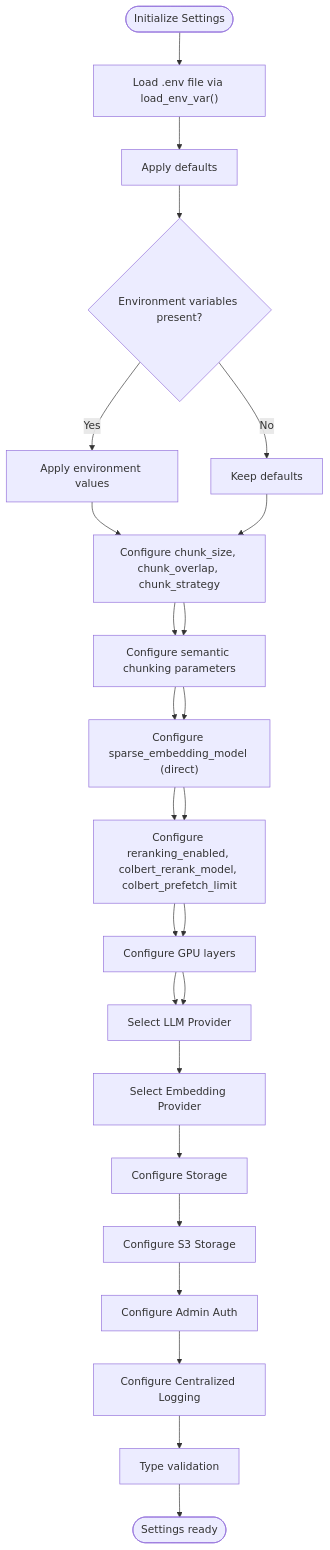
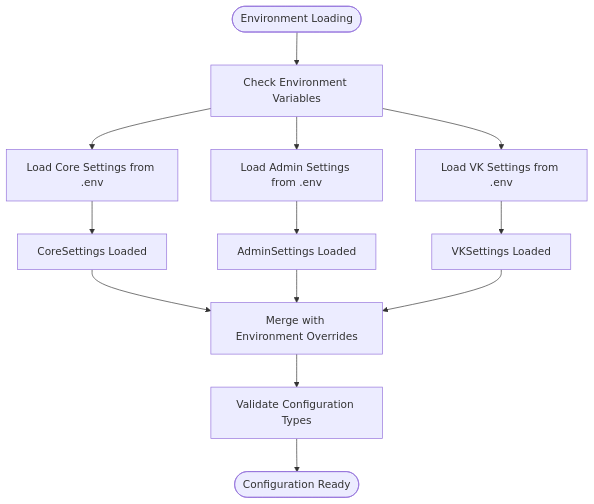
Before and after one commit to ognelis/cafetera_hr_bot: the third of 3 diagrams in .qoder/repowiki/en/content/Configuration Management.md, drawn with Mermaid. The commit also changed other lines of this file and 139 other files, not shown here.

````diff
--- a/.qoder/repowiki/en/content/Configuration Management.md
+++ b/.qoder/repowiki/en/content/Configuration Management.md
@@ -502,27 +225,15 @@
 ```mermaid
 flowchart TD
-Start(["Initialize Settings"]) --> LoadEnv["Load .env file via load_env_var()"]
-LoadEnv --> Defaults["Apply defaults"]
-Defaults --> EnvOverride{"Environment variables present?"}
-EnvOverride --> |Yes| ApplyEnv["Apply environment values"]
-EnvOverride --> |No| KeepDefaults["Keep defaults"]
-ApplyEnv --> ChunkingConfig["Configure chunk_size, chunk_overlap, chunk_strategy"]
-ChunkingConfig --> SemanticConfig["Configure semantic chunking parameters"]
-SemanticConfig --> HybridConfig["Configure sparse_embedding_model (direct)"]
-HybridConfig --> RerankingConfig["Configure reranking_enabled, colbert_rerank_model, colbert_prefetch_limit"]
-RerankingConfig --> GPUCfg["Configure GPU layers"]
-GPUCfg --> ProviderSelect["Select LLM Provider"]
-ProviderSelect --> EmbeddingSelect["Select Embedding Provider"]
-EmbeddingSelect --> StorageConfig["Configure Storage"]
-StorageConfig --> S3Config["Configure S3 Storage"]
-S3Config --> AdminConfig["Configure Admin Auth"]
-AdminConfig --> LoggingConfig["Configure Centralized Logging"]
-LoggingConfig --> Validate["Type validation"]
-KeepDefaults --> ChunkingConfig
-ChunkingConfig --> SemanticConfig
-SemanticConfig --> HybridConfig
-HybridConfig --> RerankingConfig
-RerankingConfig --> GPUCfg
-GPUCfg --> ProviderSelect
-Validate --> Done(["Settings ready"])
+Start(["Environment Loading"]) --> CheckEnv["Check Environment Variables"]
+CheckEnv --> CheckCore["Load Core Settings from .env"]
+CheckEnv --> CheckAdmin["Load Admin Settings from .env"]
+CheckEnv --> CheckVK["Load VK Settings from .env"]
+CheckCore --> CoreLoaded["CoreSettings Loaded"]
+CheckAdmin --> AdminLoaded["AdminSettings Loaded"]
+CheckVK --> VKLoaded["VKSettings Loaded"]
+CoreLoaded --> Merge["Merge with Environment Overrides"]
+AdminLoaded --> Merge
+VKLoaded --> Merge
+Merge --> Validate["Validate Configuration Types"]
+Validate --> Done(["Configuration Ready"])
 ```
````
